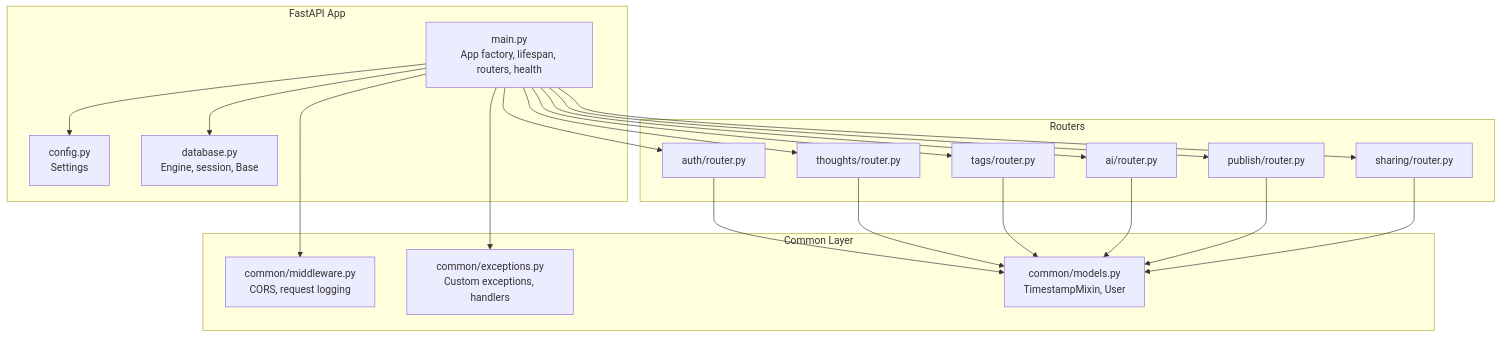
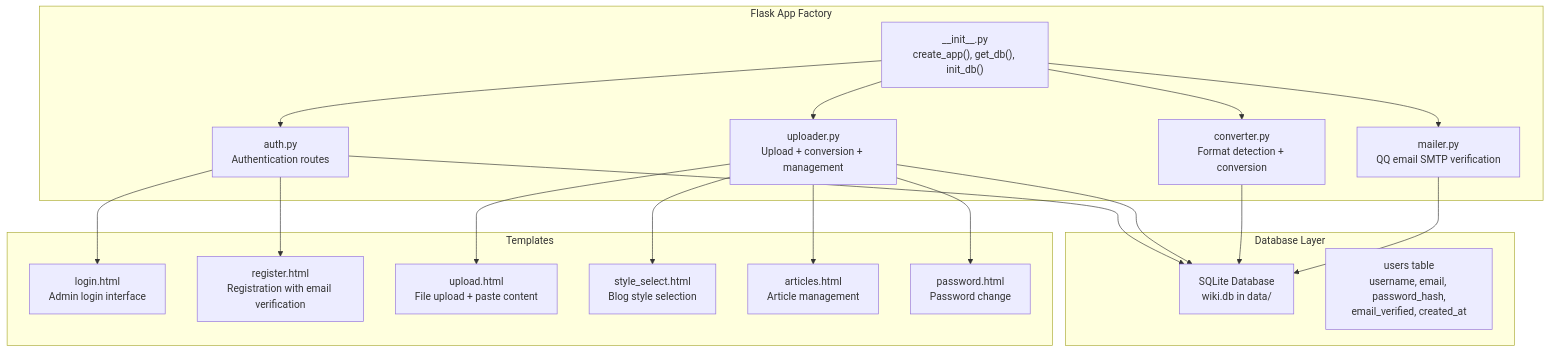
The first of 7 diagrams in .qoder/repowiki/en/content/Backend Application/Backend Application.md (PolarisW007/PolaZhenJing), drawn with Mermaid before and after one commit. The commit also changed other lines of this file and 153 other files, not shown here.

````diff
--- a/.qoder/repowiki/en/content/Backend Application/Backend Application.md
+++ b/.qoder/repowiki/en/content/Backend Application/Backend Application.md
@@ -40,37 +40,36 @@
 ```mermaid
 graph TB
-subgraph "FastAPI App"
-MAIN["main.py<br/>App factory, lifespan, routers, health"]
-CFG["config.py<br/>Settings"]
-DB["database.py<br/>Engine, session, Base"]
+subgraph "Flask App Factory"
+APP["__init__.py<br/>create_app(), get_db(), init_db()"]
+ENDPT["auth.py<br/>Authentication routes"]
+UP["uploader.py<br/>Upload + conversion + management"]
+CONV["converter.py<br/>Format detection + conversion"]
+MAIL["mailer.py<br/>QQ email SMTP verification"]
 end
-subgraph "Common Layer"
-MW["common/middleware.py<br/>CORS, request logging"]
-EX["common/exceptions.py<br/>Custom exceptions, handlers"]
-CM["common/models.py<br/>TimestampMixin, User"]
+subgraph "Database Layer"
+SQLITE["SQLite Database<br/>wiki.db in data/"]
+USERS["users table<br/>username, email, password_hash,<br/>email_verified, created_at"]
 end
-subgraph "Routers"
-AUTH_R["auth/router.py"]
-THOUGHTS_R["thoughts/router.py"]
-TAGS_R["tags/router.py"]
-AI_R["ai/router.py"]
-PUBLISH_R["publish/router.py"]
-SHARE_R["sharing/router.py"]
+subgraph "Templates"
+LOGIN["login.html<br/>Admin login interface"]
+REG["register.html<br/>Registration with email verification"]
+UPLOAD["upload.html<br/>File upload + paste content"]
+STYLE["style_select.html<br/>Blog style selection"]
+ART["articles.html<br/>Article management"]
+PASS["password.html<br/>Password change"]
 end
-MAIN --> CFG
-MAIN --> DB
-MAIN --> MW
-MAIN --> EX
-MAIN --> AUTH_R
-MAIN --> THOUGHTS_R
-MAIN --> TAGS_R
-MAIN --> AI_R
-MAIN --> PUBLISH_R
-MAIN --> SHARE_R
-AUTH_R --> CM
-THOUGHTS_R --> CM
-TAGS_R --> CM
-AI_R --> CM
-PUBLISH_R --> CM
-SHARE_R --> CM
+APP --> ENDPT
+APP --> UP
+APP --> CONV
+APP --> MAIL
+ENDPT --> SQLITE
+UP --> SQLITE
+CONV --> SQLITE
+MAIL --> SQLITE
+ENDPT --> LOGIN
+ENDPT --> REG
+UP --> UPLOAD
+UP --> STYLE
+UP --> ART
+UP --> PASS
 ```
````
